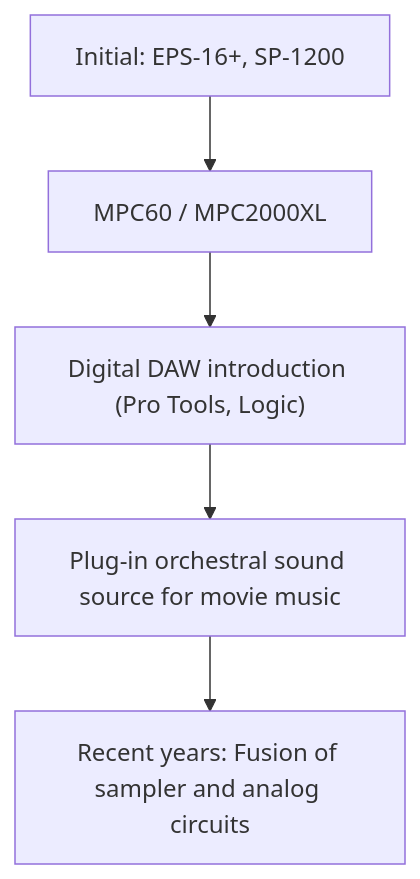
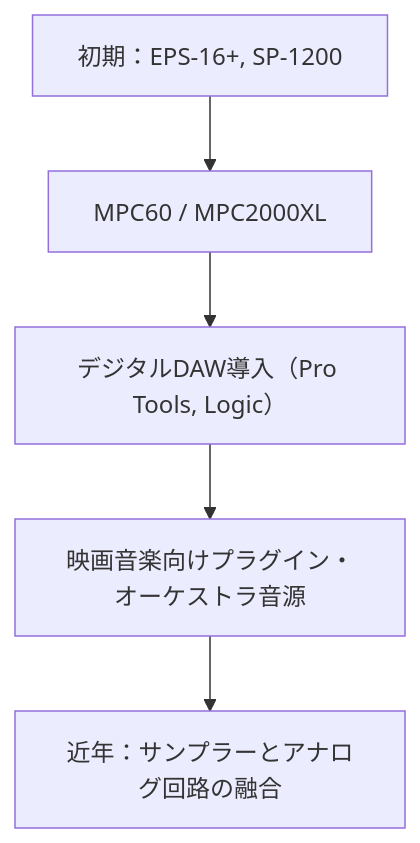
One commit to monumental-movement/monumental-movement.github.io changed the sixth of 8 diagrams in en/_posts/2025-11-21-column-rza.md. Above: the diagram before and after it, drawn with Mermaid. The commit also changed other lines of this file and 2196 other files, not shown here.

```diff
--- a/en/_posts/2025-11-21-column-rza.md
+++ b/en/_posts/2025-11-21-column-rza.md
@@ -227,9 +226,9 @@
 <div class="mermaid">
 
 flowchart TD
-    A["Initial: EPS-16+, SP-1200"] --> B["MPC60 / MPC2000XL"]
-    B --> C["Digital DAW introduction (Pro Tools, Logic)"]
-    C --> D["Plug-in orchestral sound source for movie music"]
-    D --> E["Recent years: Fusion of sampler and analog circuits"]
+    A["初期：EPS-16+, SP-1200"] --> B["MPC60 / MPC2000XL"]
+    B --> C["デジタルDAW導入（Pro Tools, Logic）"]
+    C --> D["映画音楽向けプラグイン・オーケストラ音源"]
+    D --> E["近年：サンプラーとアナログ回路の融合"]
 
 </div>
```
